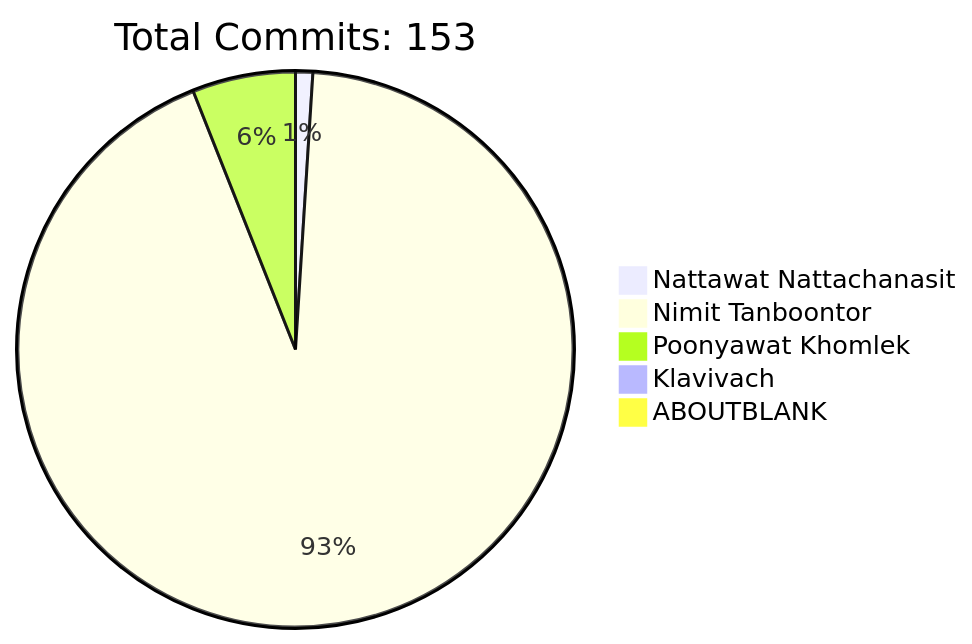
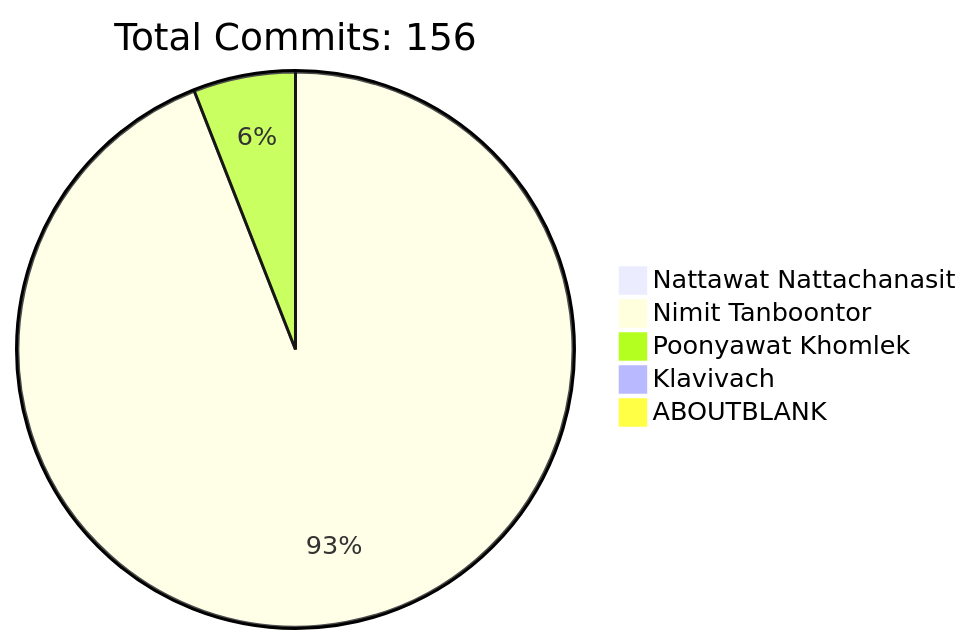
The diagram in README.md (HLLC-MFU/HLLC-2025), drawn with Mermaid before and after one commit. The commit also changed other lines of this file, not shown here.

````diff
--- a/README.md
+++ b/README.md
@@ -170,9 +170,9 @@
 ```mermaid
 pie
-    title Total Commits: 153
+    title Total Commits: 156
     "Nattawat Nattachanasit" : 1
-    "Nimit Tanboontor" : 93
+    "Nimit Tanboontor" : 95
     "Poonyawat Khomlek" : 6
     "Klavivach" : 0
     "ABOUTBLANK" : 0
 ```
````
